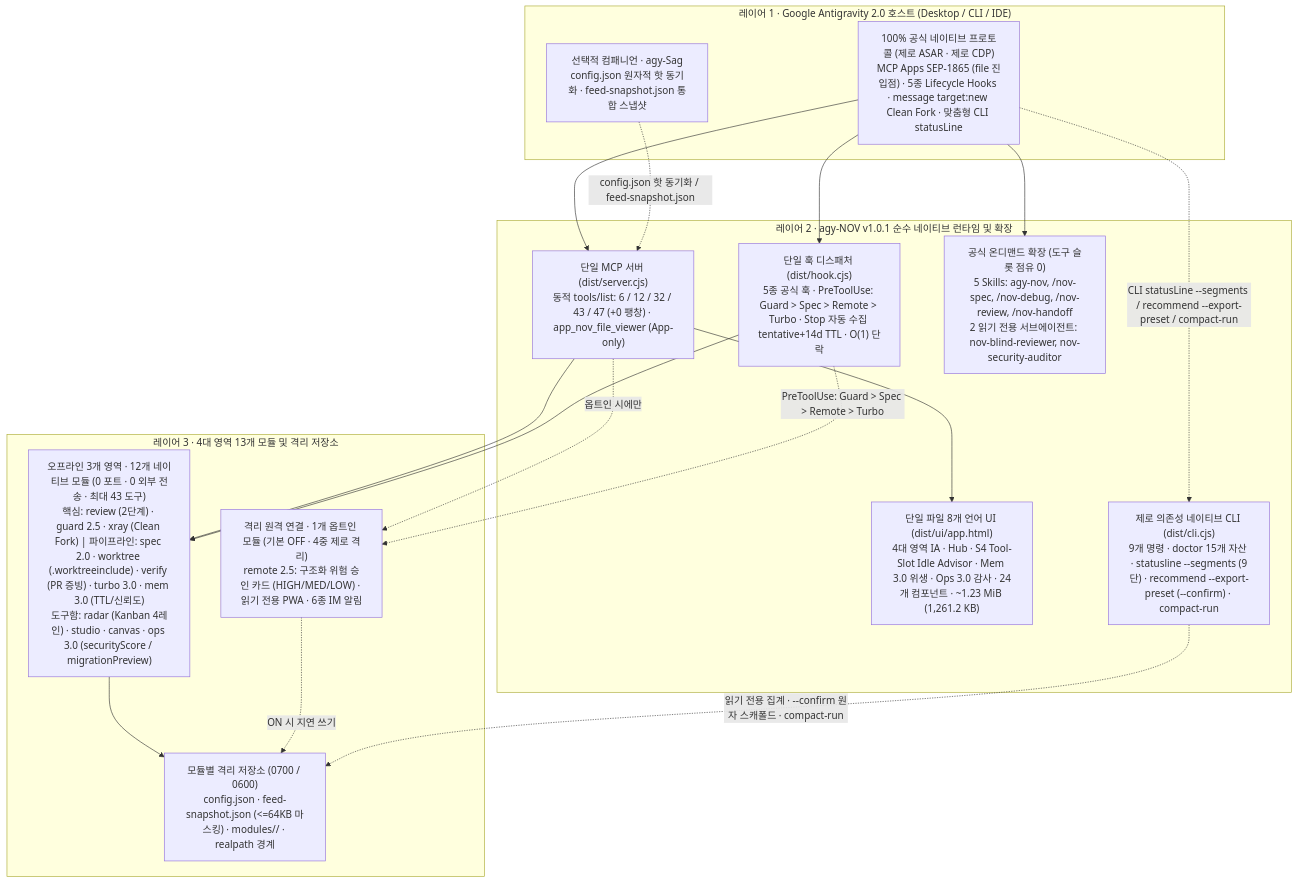
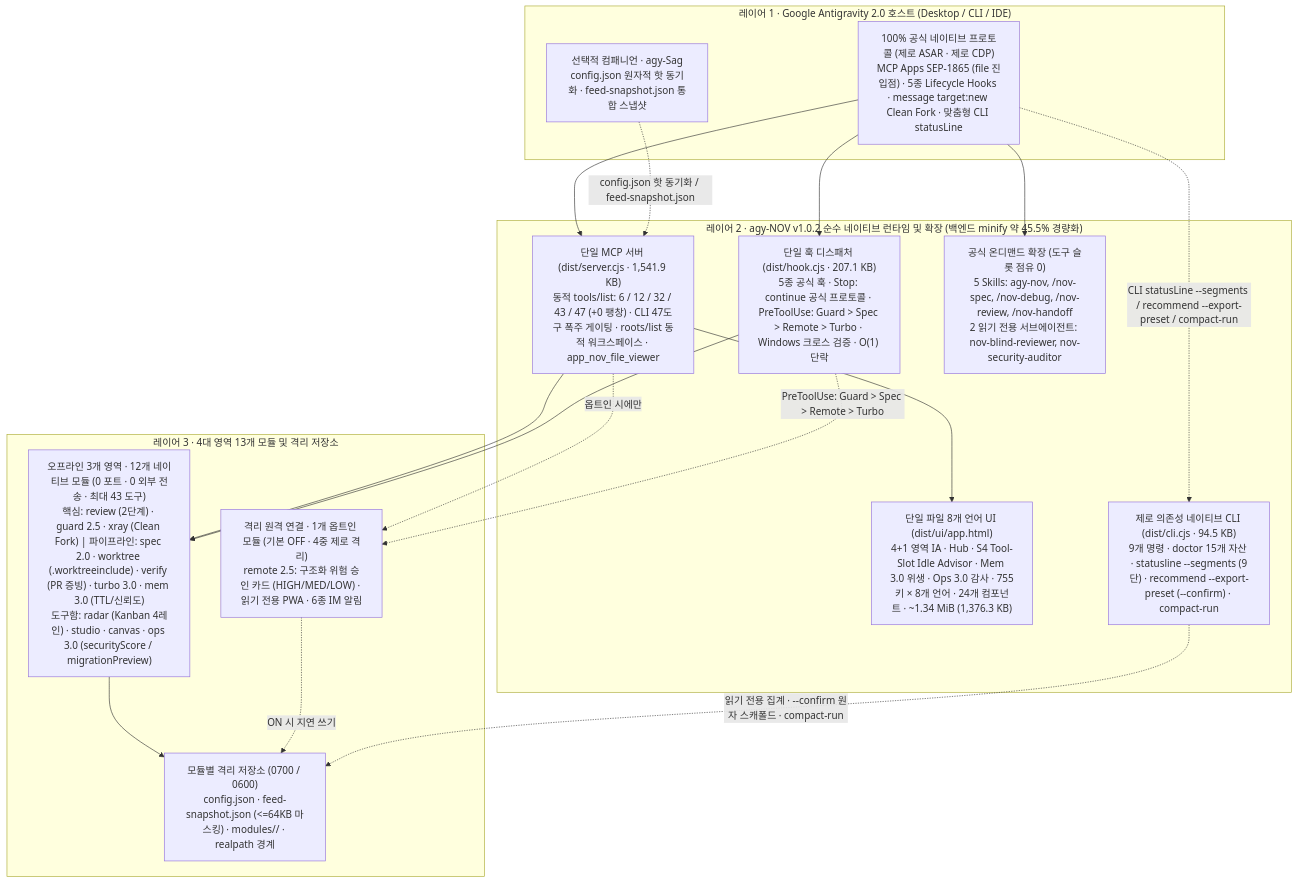
One commit to tone-leh/agy-NOV changed the diagram in docs/i18n/README.ko.md. Above: the diagram before and after it, drawn with Mermaid. The commit also changed other lines of this file and 84 other files, not shown here.

Commit message:
fix(v1.0.2): Antigravity 2.35+ runtime hardening, CLI 47-tool gate, dynamic roots, 755-key 8-locale UI & 45% bundle minification

````diff
--- a/docs/i18n/README.ko.md
+++ b/docs/i18n/README.ko.md
@@ -239,35 +243,35 @@
 ```mermaid
 flowchart TB
   subgraph L1["레이어 1 · Google Antigravity 2.0 호스트 (Desktop / CLI / IDE)"]
     Host["100% 공식 네이티브 프로토콜 (제로 ASAR · 제로 CDP)\nMCP Apps SEP-1865 (file 진입점) · 5종 Lifecycle Hooks · message target:new Clean Fork · 맞춤형 CLI statusLine"]
     Sag["선택적 컴패니언 · agy-Sag\nconfig.json 원자적 핫 동기화 · feed-snapshot.json 통합 스냅샷"]
   end
 
-  subgraph L2["레이어 2 · agy-NOV v1.0.1 순수 네이티브 런타임 및 확장"]
-    MCP["단일 MCP 서버 (dist/server.cjs)\n동적 tools/list: 6 / 12 / 32 / 43 / 47 (+0 팽창) · app_nov_file_viewer (App-only)"]
-    Hook["단일 훅 디스패처 (dist/hook.cjs)\n5종 공식 훅 · PreToolUse: Guard > Spec > Remote > Turbo · Stop 자동 수집 tentative+14d TTL · O(1) 단락"]
-    UI["단일 파일 8개 언어 UI (dist/ui/app.html)\n4대 영역 IA · Hub · S4 Tool-Slot Idle Advisor · Mem 3.0 위생 · Ops 3.0 감사 · 24개 컴포넌트 · ~1.23 MiB (1,261.2 KB)"]
+  subgraph L2["레이어 2 · agy-NOV v1.0.2 순수 네이티브 런타임 및 확장 (백엔드 minify 약 45.5% 경량화)"]
+    MCP["단일 MCP 서버 (dist/server.cjs · 1,541.9 KB)\n동적 tools/list: 6 / 12 / 32 / 43 / 47 (+0 팽창) · CLI 47도구 폭주 게이팅 · roots/list 동적 워크스페이스 · app_nov_file_viewer"]
+    Hook["단일 훅 디스패처 (dist/hook.cjs · 207.1 KB)\n5종 공식 훅 · Stop: continue 공식 프로토콜 · PreToolUse: Guard > Spec > Remote > Turbo · Windows 크로스 검증 · O(1) 단락"]
+    UI["단일 파일 8개 언어 UI (dist/ui/app.html)\n4+1 영역 IA · Hub · S4 Tool-Slot Idle Advisor · Mem 3.0 위생 · Ops 3.0 감사 · 755키 × 8개 언어 · 24개 컴포넌트 · ~1.34 MiB (1,376.3 KB)"]
     Ext["공식 온디맨드 확장 (도구 슬롯 점유 0)\n5 Skills: agy-nov, /nov-spec, /nov-debug, /nov-review, /nov-handoff\n2 읽기 전용 서브에이전트: nov-blind-reviewer, nov-security-auditor"]
-    CLI["제로 의존성 네이티브 CLI (dist/cli.cjs)\n9개 명령 · doctor 15개 자산 · statusline --segments (9단) · recommend --export-preset (--confirm) · compact-run"]
+    CLI["제로 의존성 네이티브 CLI (dist/cli.cjs · 94.5 KB)\n9개 명령 · doctor 15개 자산 · statusline --segments (9단) · recommend --export-preset (--confirm) · compact-run"]
   end
 
   subgraph L3["레이어 3 · 4대 영역 13개 모듈 및 격리 저장소"]
     T1["오프라인 3개 영역 · 12개 네이티브 모듈 (0 포트 · 0 외부 전송 · 최대 43 도구)\n핵심: review (2단계) · guard 2.5 · xray (Clean Fork) | 파이프라인: spec 2.0 · worktree (.worktreeinclude) · verify (PR 증빙) · turbo 3.0 · mem 3.0 (TTL/신뢰도)\n도구함: radar (Kanban 4레인) · studio · canvas · ops 3.0 (securityScore / migrationPreview)"]
     T2R["격리 원격 연결 · 1개 옵트인 모듈 (기본 OFF · 4중 제로 격리)\nremote 2.5: 구조화 위험 승인 카드 (HIGH/MED/LOW) · 읽기 전용 PWA · 6종 IM 알림"]
     Store["모듈별 격리 저장소 (0700 / 0600)\nconfig.json · feed-snapshot.json (<=64KB 마스킹) · modules/<id>/ · realpath 경계"]
   end
 
   Host --> MCP
   Host --> Hook
   Host --> Ext
   Host -. "CLI statusLine --segments / recommend --export-preset / compact-run" .-> CLI
   Sag -. "config.json 핫 동기화 / feed-snapshot.json" .-> MCP
   MCP --> UI
   MCP --> T1
   MCP -. "옵트인 시에만" .-> T2R
   Hook --> T1
   Hook -. "PreToolUse: Guard > Spec > Remote > Turbo" .-> T2R
   T1 --> Store
   T2R -. "ON 시 지연 쓰기" .-> Store
   CLI -. "읽기 전용 집계 · --confirm 원자 스캐폴드 · compact-run" .-> Store
 ```
````
